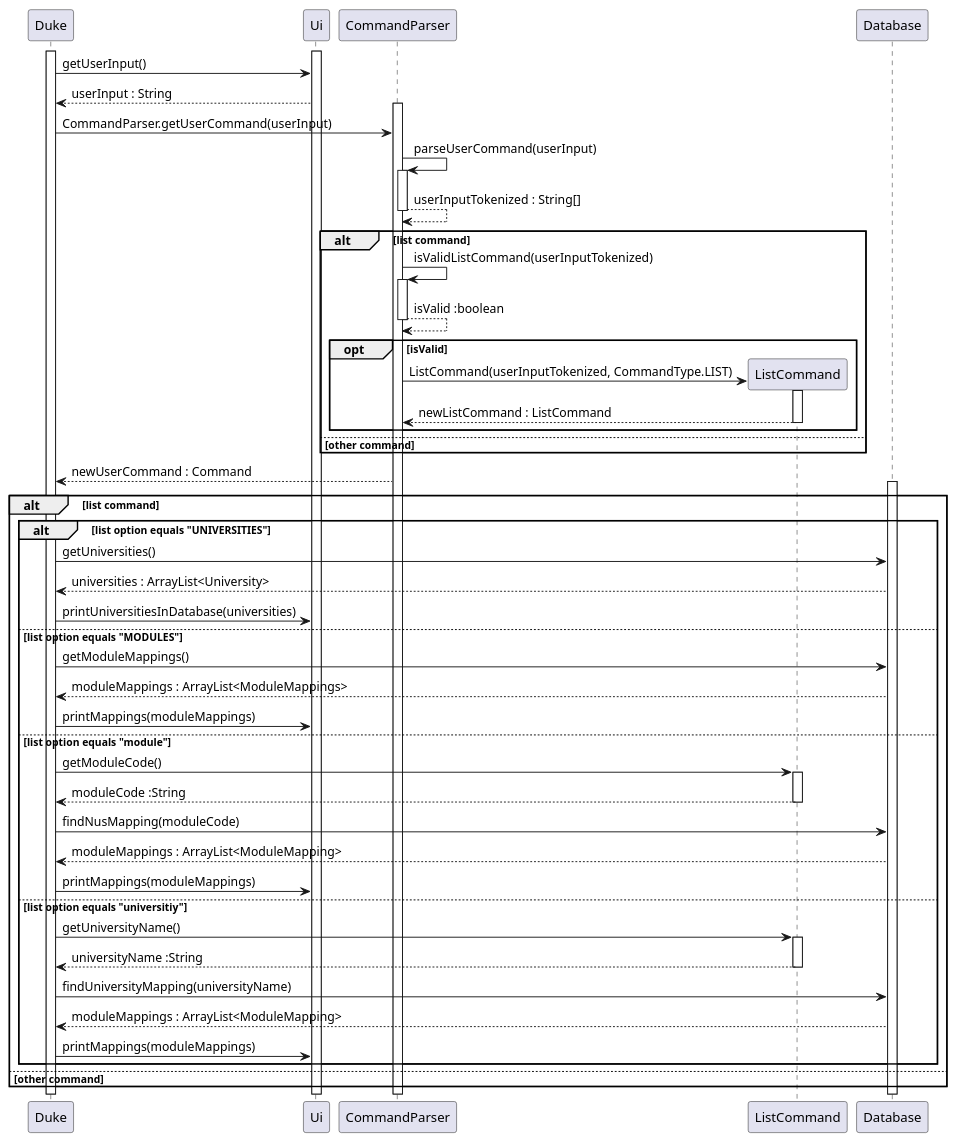
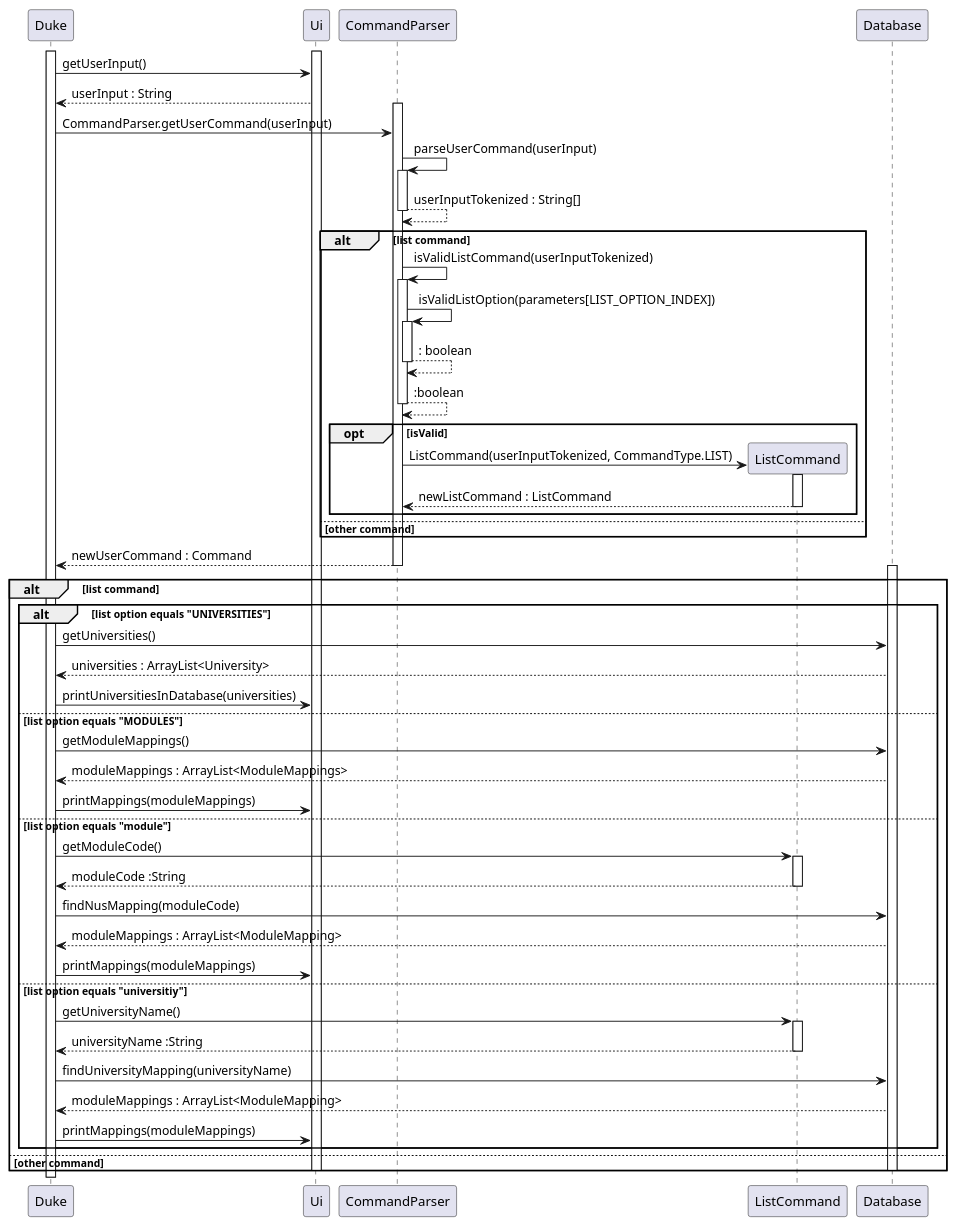
Before and after one commit to nus-cs2113-AY2223S1/tp: the diagram in docs/diagrams/ListCommand_Sequence.puml, drawn with PlantUML.

Commit message:
Update list command sequence diagram

```diff
--- a/docs/diagrams/ListCommand_Sequence.puml
+++ b/docs/diagrams/ListCommand_Sequence.puml
@@ -1,88 +1,100 @@
 @startuml
 
 activate Duke
 activate Ui
 
 Duke -> Ui : getUserInput()
 Ui --> Duke : userInput : String
 
 activate CommandParser
 Duke -> CommandParser : CommandParser.getUserCommand(userInput)
 
 CommandParser -> CommandParser : parseUserCommand(userInput)
 activate CommandParser
 CommandParser --> CommandParser : userInputTokenized : String[]
 deactivate CommandParser
 
 alt list command
 
     CommandParser -> CommandParser : isValidListCommand(userInputTokenized)
     activate CommandParser
-    CommandParser --> CommandParser : isValid :boolean
+
+    CommandParser -> CommandParser : isValidListOption(parameters[LIST_OPTION_INDEX])
+    activate CommandParser
+    CommandParser --> CommandParser : : boolean
+    deactivate CommandParser
+
+    CommandParser --> CommandParser : :boolean
     deactivate CommandParser
 
     opt isValid
 
         create ListCommand
         CommandParser -> ListCommand : ListCommand(userInputTokenized, CommandType.LIST)
         activate ListCommand
         ListCommand --> CommandParser : newListCommand : ListCommand
         deactivate ListCommand
 
     end
 
 else other command
 
 end
 
 CommandParser --> Duke : newUserCommand : Command
+deactivate CommandParser
 
 alt list command
 
     activate Database
 
     alt list option equals "UNIVERSITIES"
 
         Duke -> Database : getUniversities()
         Database --> Duke : universities : ArrayList<University>
 
         Duke -> Ui : printUniversitiesInDatabase(universities)
 
     else list option equals "MODULES"
 
         Duke -> Database : getModuleMappings()
         Database --> Duke : moduleMappings : ArrayList<ModuleMappings>
 
         Duke -> Ui : printMappings(moduleMappings)
 
     else list option equals "module"
 
         Duke -> ListCommand : getModuleCode()
         activate ListCommand
         ListCommand --> Duke : moduleCode :String
         deactivate ListCommand
         
         Duke -> Database : findNusMapping(moduleCode)
         Database --> Duke : moduleMappings : ArrayList<ModuleMapping>
 
         Duke -> Ui : printMappings(moduleMappings)
 
     else list option equals "universitiy"
 
         Duke -> ListCommand : getUniversityName()
         activate ListCommand
         ListCommand --> Duke : universityName :String
         deactivate ListCommand
         
         Duke -> Database : findUniversityMapping(universityName)
         Database --> Duke : moduleMappings : ArrayList<ModuleMapping>
 
         Duke -> Ui : printMappings(moduleMappings)
 
     end
 
 else other command
 
+deactivate Database
+deactivate Ui
+
 end
 
+deactivate Duke
+
 @enduml
```
